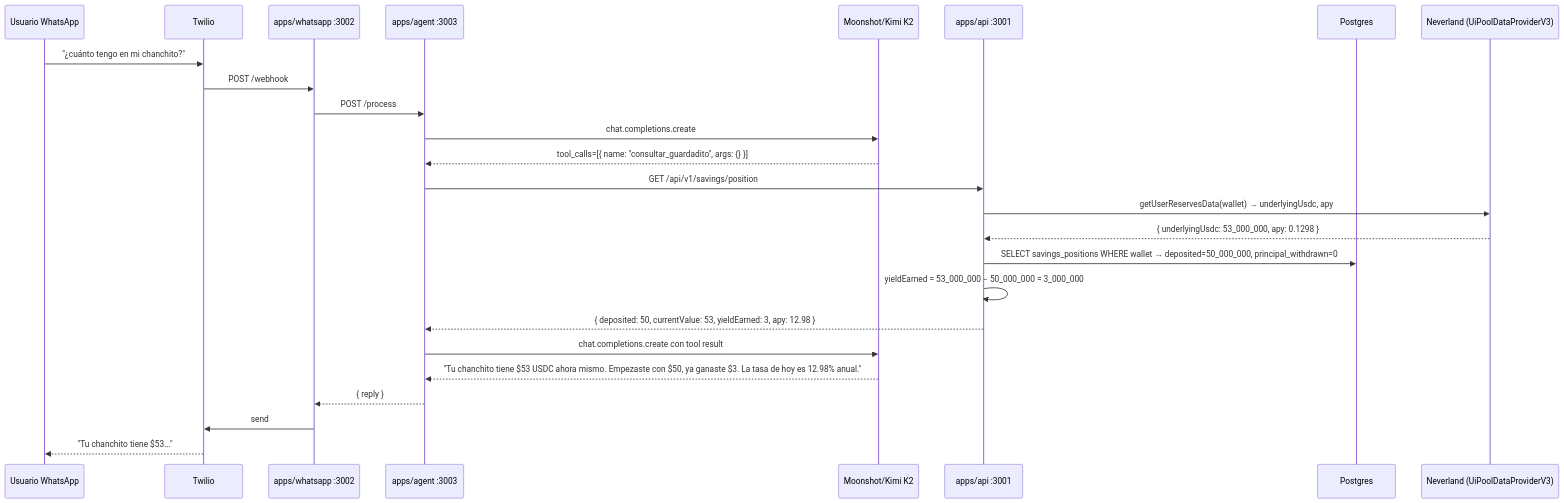
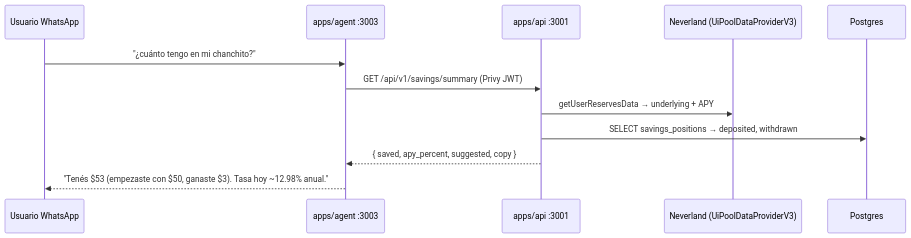
The seventh of 9 diagrams in docs/FLOWS.md (Firrton/comadre), drawn with Mermaid before and after one commit. The commit also changed other lines of this file and 1 other file, not shown here.

Commit message:
docs: rewrite FLOWS to Monad/Turnkey/ZeroDev flows + CHECKLIST status banner

````diff
--- a/docs/FLOWS.md
+++ b/docs/FLOWS.md
@@ -664,28 +356,15 @@
 ```mermaid
 sequenceDiagram
   participant U as Usuario WhatsApp
-  participant TW as Twilio
-  participant W as apps/whatsapp :3002
   participant A as apps/agent :3003
-  participant K as Moonshot/Kimi K2
   participant API as apps/api :3001
+  participant NV as Neverland (UiPoolDataProviderV3)
   participant DB as Postgres
-  participant NV as Neverland (UiPoolDataProviderV3)
 
-  U->>TW: "¿cuánto tengo en mi chanchito?"
-  TW->>W: POST /webhook
-  W->>A: POST /process
-  A->>K: chat.completions.create
-  K-->>A: tool_calls=[{ name: "consultar_guardadito", args: {} }]
-  A->>API: GET /api/v1/savings/position
-  API->>NV: getUserReservesData(wallet) → underlyingUsdc, apy
-  NV-->>API: { underlyingUsdc: 53_000_000, apy: 0.1298 }
-  API->>DB: SELECT savings_positions WHERE wallet → deposited=50_000_000, principal_withdrawn=0
-  API->>API: yieldEarned = 53_000_000 − 50_000_000 = 3_000_000
-  API-->>A: { deposited: 50, currentValue: 53, yieldEarned: 3, apy: 12.98 }
-  A->>K: chat.completions.create con tool result
-  K-->>A: "Tu chanchito tiene $53 USDC ahora mismo. Empezaste con $50, ya ganaste $3. La tasa de hoy es 12.98% anual."
-  A-->>W: { reply }
-  W->>TW: send
-  TW-->>U: "Tu chanchito tiene $53..."
+  U->>A: "¿cuánto tengo en mi chanchito?"
+  A->>API: GET /api/v1/savings/summary (Privy JWT)
+  API->>NV: getUserReservesData → underlying + APY
+  API->>DB: SELECT savings_positions → deposited, withdrawn
+  API-->>A: { saved, apy_percent, suggested, copy }
+  A-->>U: "Tenés $53 (empezaste con $50, ganaste $3). Tasa hoy ~12.98% anual."
 ```
````
